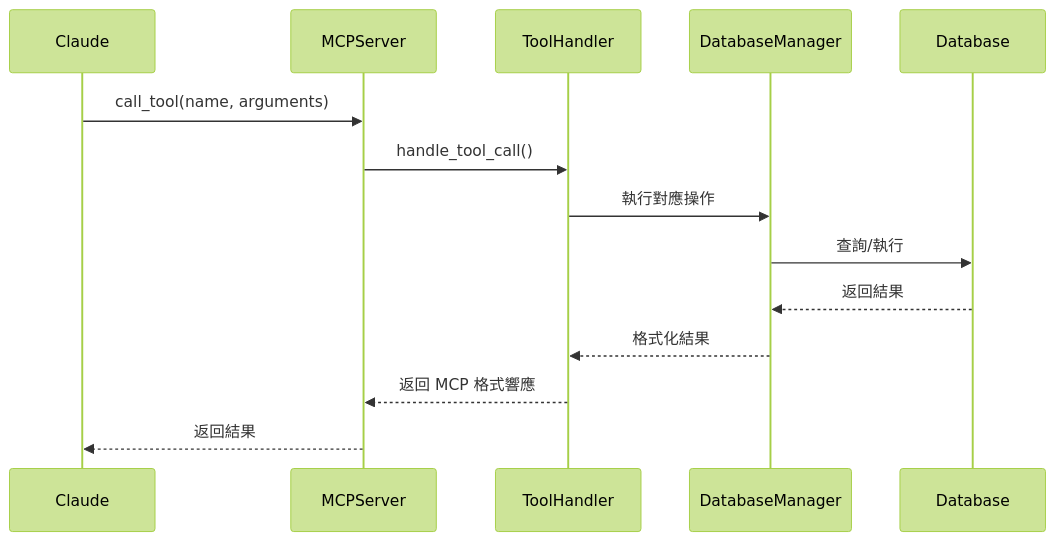
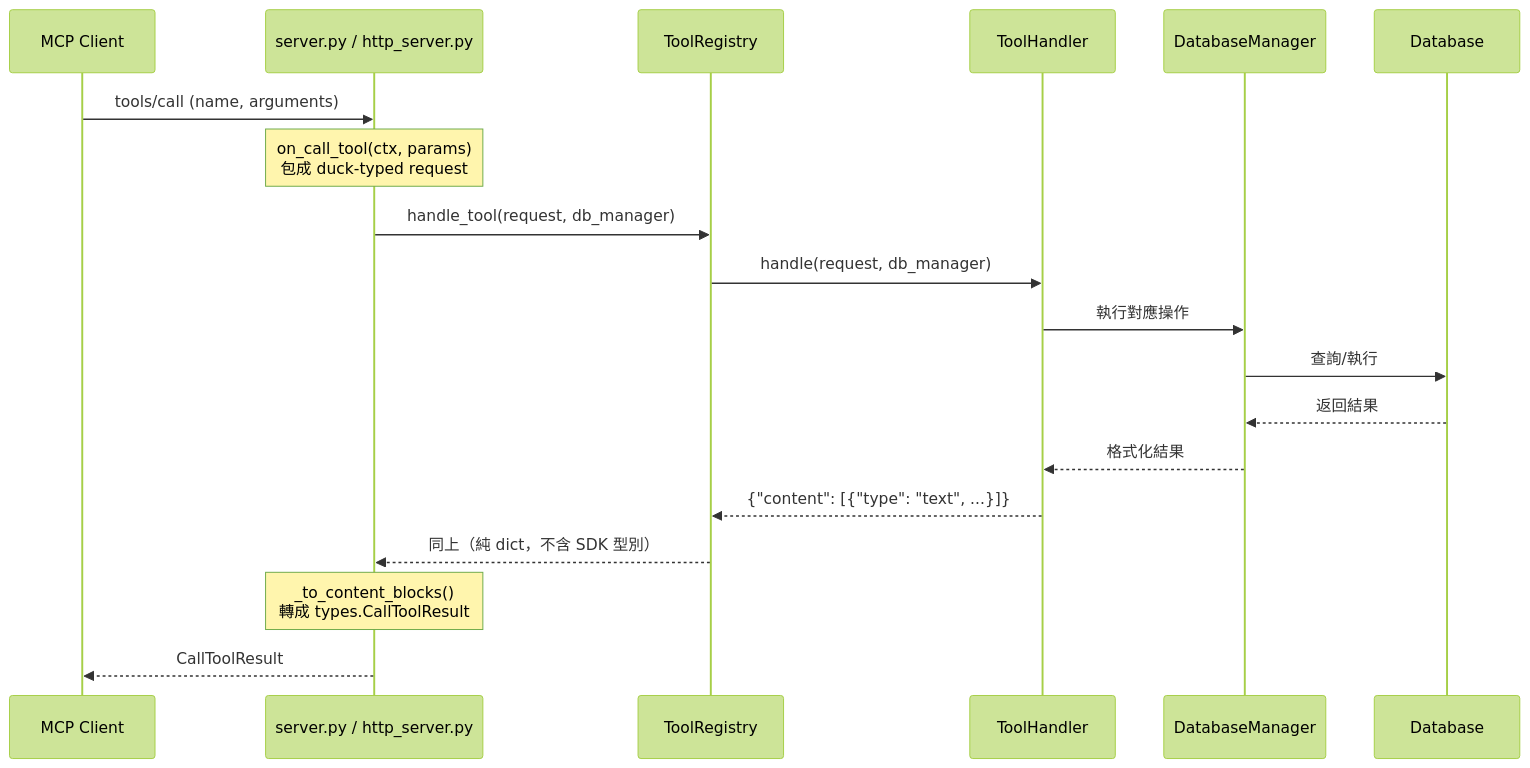
One commit to Bright0505/mcp-db changed the fourth of 4 diagrams in docs/architecture.md. Above: the diagram before and after it, drawn with Mermaid (forest theme). The commit also changed other lines of this file and 3 other files, not shown here.

````diff
--- a/docs/architecture.md
+++ b/docs/architecture.md
@@ -462,17 +532,22 @@
 ```mermaid
 sequenceDiagram
-    participant Claude
-    participant MCPServer
-    participant ToolHandler
-    participant DatabaseManager
+    participant Client as MCP Client
+    participant Entry as server.py / http_server.py
+    participant Registry as ToolRegistry
+    participant Handler as ToolHandler
+    participant DBM as DatabaseManager
     participant Database
 
-    Claude->>MCPServer: call_tool(name, arguments)
-    MCPServer->>ToolHandler: handle_tool_call()
-    ToolHandler->>DatabaseManager: 執行對應操作
-    DatabaseManager->>Database: 查詢/執行
-    Database-->>DatabaseManager: 返回結果
-    DatabaseManager-->>ToolHandler: 格式化結果
-    ToolHandler-->>MCPServer: 返回 MCP 格式響應
-    MCPServer-->>Claude: 返回結果
+    Client->>Entry: tools/call (name, arguments)
+    Note over Entry: on_call_tool(ctx, params)<br/>包成 duck-typed request
+    Entry->>Registry: handle_tool(request, db_manager)
+    Registry->>Handler: handle(request, db_manager)
+    Handler->>DBM: 執行對應操作
+    DBM->>Database: 查詢/執行
+    Database-->>DBM: 返回結果
+    DBM-->>Handler: 格式化結果
+    Handler-->>Registry: {"content": [{"type": "text", ...}]}
+    Registry-->>Entry: 同上（純 dict，不含 SDK 型別）
+    Note over Entry: _to_content_blocks()<br/>轉成 types.CallToolResult
+    Entry-->>Client: CallToolResult
 ```
````
